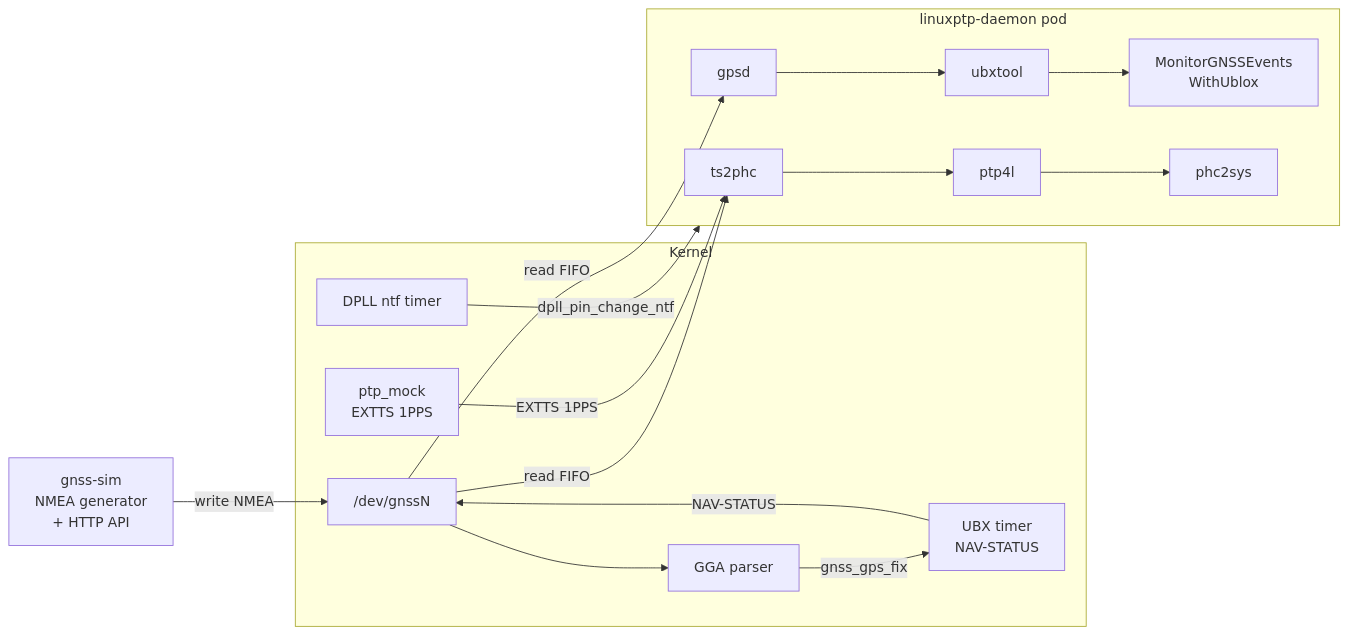
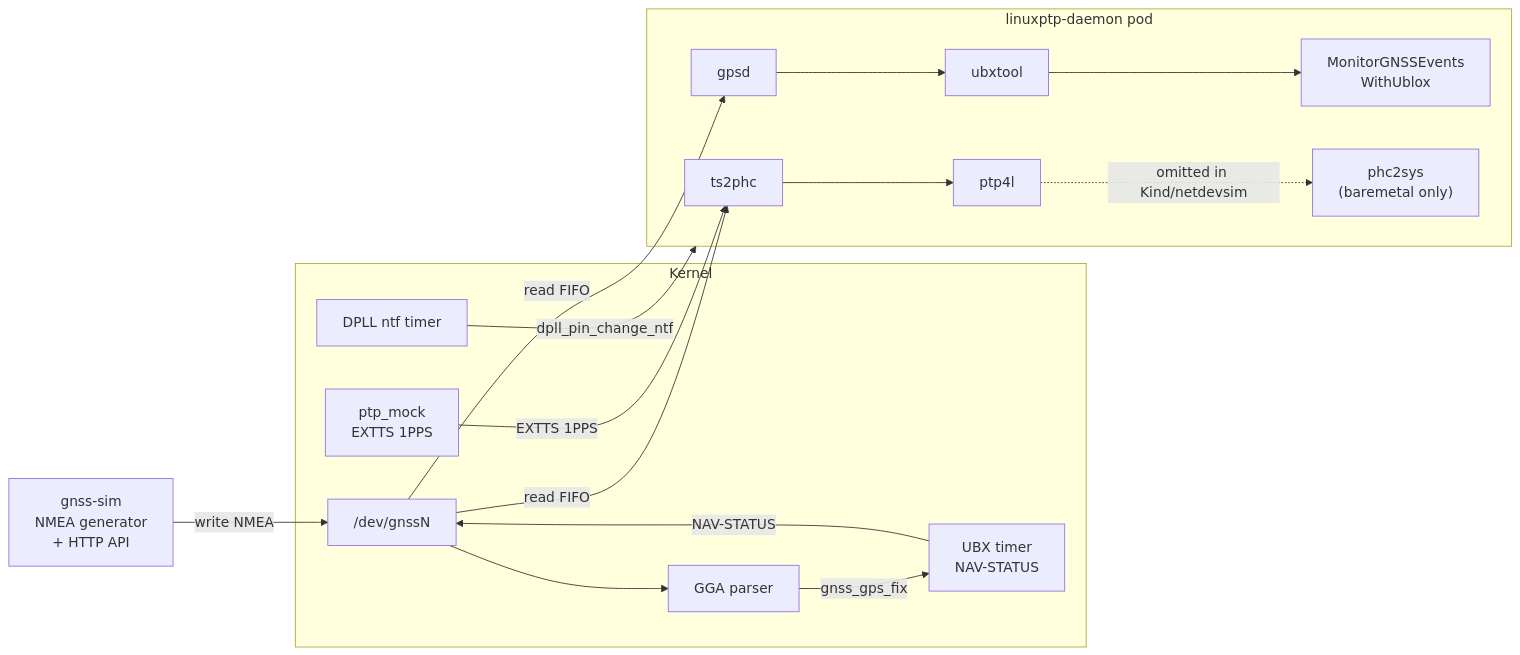
Before and after one commit to k8snetworkplumbingwg/ptp-operator: the second of 12 diagrams in docs/netdevsim-ptp-simulation.md, drawn with Mermaid. The commit also changed other lines of this file and 6 other files, not shown here.

First line of the commit message:
fix: stabilize Kind/netdevsim T-GM, TGMOC, and TGMBC e2e

````diff
--- a/docs/netdevsim-ptp-simulation.md
+++ b/docs/netdevsim-ptp-simulation.md
@@ -96,31 +96,32 @@
 ```mermaid
 flowchart LR
     gnss_sim["gnss-sim<br/>NMEA generator<br/>+ HTTP API"]
 
     subgraph kernel [Kernel]
         gnss_dev["/dev/gnssN"]
         gga_parser["GGA parser"]
         ubx_timer["UBX timer<br/>NAV-STATUS"]
         ptp_mock["ptp_mock<br/>EXTTS 1PPS"]
         ntf_timer["DPLL ntf timer"]
     end
 
     subgraph daemon [linuxptp-daemon pod]
         ts2phc["ts2phc"]
         gpsd["gpsd"]
         ubxtool["ubxtool"]
         monitor["MonitorGNSSEvents<br/>WithUblox"]
         ptp4l["ptp4l"]
-        phc2sys["phc2sys"]
+        phc2sys["phc2sys<br/>(baremetal only)"]
     end
 
     gnss_sim -->|"write NMEA"| gnss_dev
     gnss_dev -->|"read FIFO"| ts2phc
     gnss_dev -->|"read FIFO"| gpsd
     gnss_dev --> gga_parser -->|"gnss_gps_fix"| ubx_timer
     ubx_timer -->|"NAV-STATUS"| gnss_dev
     ptp_mock -->|"EXTTS 1PPS"| ts2phc
-    ts2phc --> ptp4l --> phc2sys
+    ts2phc --> ptp4l
+    ptp4l -.->|"omitted in Kind/netdevsim"| phc2sys
     gpsd --> ubxtool --> monitor
     ntf_timer -->|"dpll_pin_change_ntf"| daemon
 ```
````
